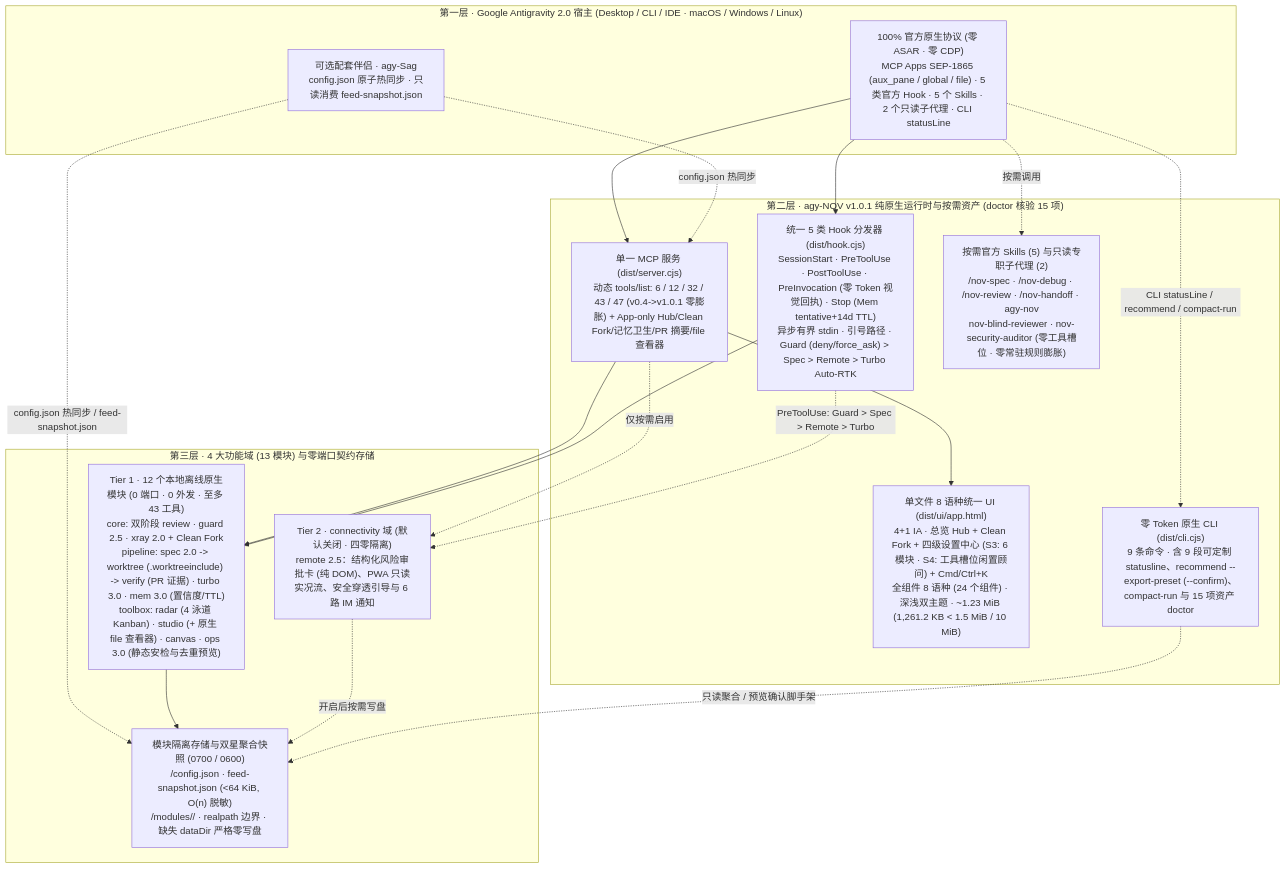
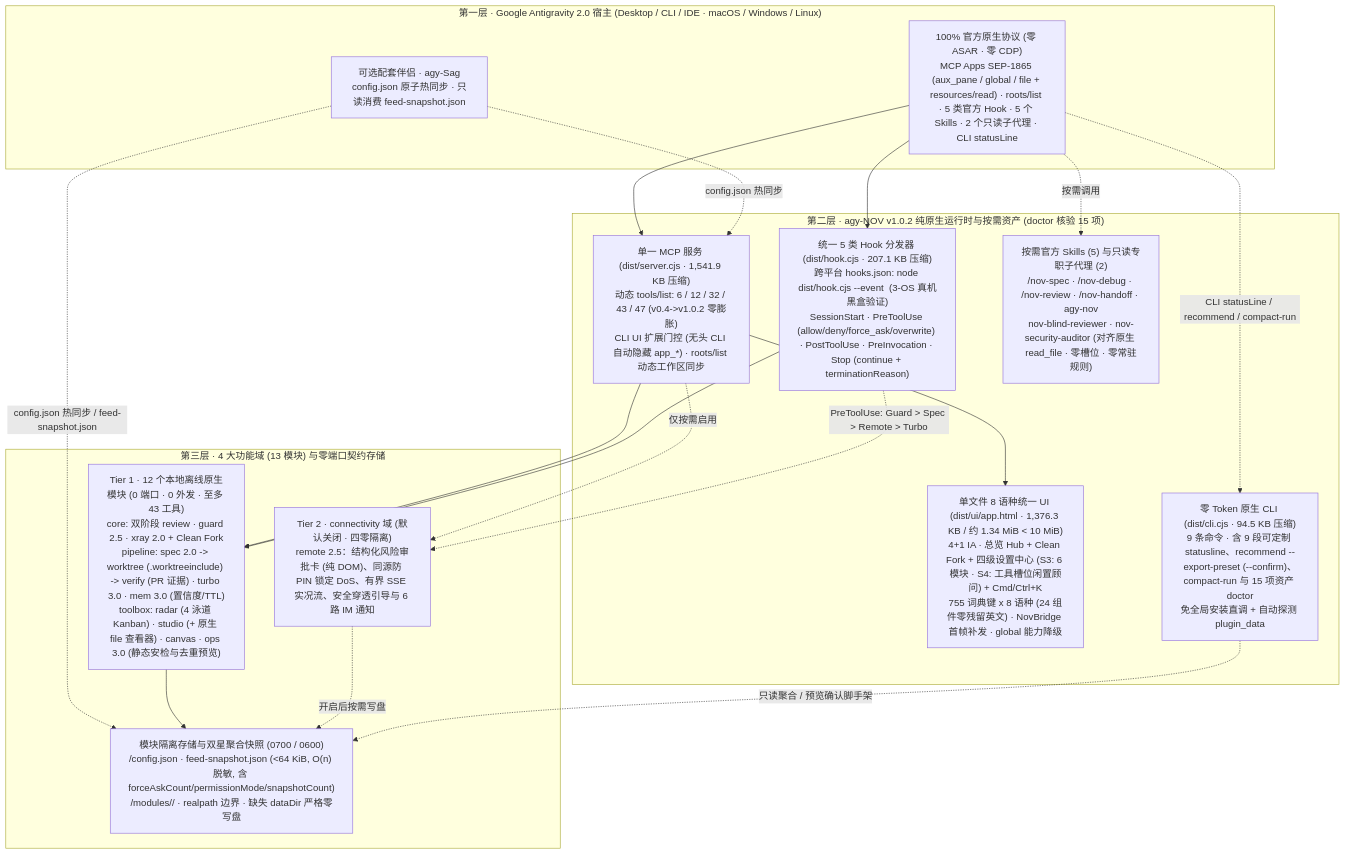
The diagram in docs/i18n/README.zh-CN.md (tone-leh/agy-NOV), drawn with Mermaid before and after one commit. The commit also changed other lines of this file and 84 other files, not shown here.

Commit message:
fix(v1.0.2): Antigravity 2.35+ runtime hardening, CLI 47-tool gate, dynamic roots, 755-key 8-locale UI & 45% bundle minification

````diff
--- a/docs/i18n/README.zh-CN.md
+++ b/docs/i18n/README.zh-CN.md
@@ -266,36 +266,36 @@
 ```mermaid
 flowchart TB
   subgraph L1["第一层 · Google Antigravity 2.0 宿主 (Desktop / CLI / IDE · macOS / Windows / Linux)"]
-    Host["100% 官方原生协议 (零 ASAR · 零 CDP)\nMCP Apps SEP-1865 (aux_pane / global / file) · 5 类官方 Hook · 5 个 Skills · 2 个只读子代理 · CLI statusLine"]
+    Host["100% 官方原生协议 (零 ASAR · 零 CDP)\nMCP Apps SEP-1865 (aux_pane / global / file + resources/read) · roots/list · 5 类官方 Hook · 5 个 Skills · 2 个只读子代理 · CLI statusLine"]
     Sag["可选配套伴侣 · agy-Sag\nconfig.json 原子热同步 · 只读消费 feed-snapshot.json"]
   end
 
-  subgraph L2["第二层 · agy-NOV v1.0.1 纯原生运行时与按需资产 (doctor 核验 15 项)"]
-    MCP["单一 MCP 服务 (dist/server.cjs)\n动态 tools/list: 6 / 12 / 32 / 43 / 47 (v0.4->v1.0.1 零膨胀) + App-only Hub/Clean Fork/记忆卫生/PR 摘要/file 查看器"]
-    Hook["统一 5 类 Hook 分发器 (dist/hook.cjs)\nSessionStart · PreToolUse · PostToolUse · PreInvocation (零 Token 视觉回执) · Stop (Mem tentative+14d TTL)\n异步有界 stdin · 引号路径 · Guard (deny/force_ask) > Spec > Remote > Turbo Auto-RTK"]
-    UI["单文件 8 语种统一 UI (dist/ui/app.html)\n4+1 IA · 总览 Hub + Clean Fork + 四级设置中心 (S3: 6 模块 · S4: 工具槽位闲置顾问) + Cmd/Ctrl+K\n全组件 8 语种 (24 个组件) · 深浅双主题 · ~1.23 MiB (1,261.2 KB < 1.5 MiB / 10 MiB)"]
-    Playbooks["按需官方 Skills (5) 与只读专职子代理 (2)\n/nov-spec · /nov-debug · /nov-review · /nov-handoff · agy-nov\nnov-blind-reviewer · nov-security-auditor (零工具槽位 · 零常驻规则膨胀)"]
-    CLI["零 Token 原生 CLI (dist/cli.cjs)\n9 条命令 · 含 9 段可定制 statusline、recommend --export-preset (--confirm)、compact-run 与 15 项资产 doctor"]
+  subgraph L2["第二层 · agy-NOV v1.0.2 纯原生运行时与按需资产 (doctor 核验 15 项)"]
+    MCP["单一 MCP 服务 (dist/server.cjs · 1,541.9 KB 压缩)\n动态 tools/list: 6 / 12 / 32 / 43 / 47 (v0.4->v1.0.2 零膨胀)\nCLI UI 扩展门控 (无头 CLI 自动隐藏 app_*) · roots/list 动态工作区同步"]
+    Hook["统一 5 类 Hook 分发器 (dist/hook.cjs · 207.1 KB 压缩)\n跨平台 hooks.json: node dist/hook.cjs --event <Event> (3-OS 真机黑盒验证)\nSessionStart · PreToolUse (allow/deny/force_ask/overwrite) · PostToolUse · PreInvocation · Stop (continue + terminationReason)"]
+    UI["单文件 8 语种统一 UI (dist/ui/app.html · 1,376.3 KB / 约 1.34 MiB < 10 MiB)\n4+1 IA · 总览 Hub + Clean Fork + 四级设置中心 (S3: 6 模块 · S4: 工具槽位闲置顾问) + Cmd/Ctrl+K\n755 词典键 x 8 语种 (24 组件零残留英文) · NovBridge 首帧补发 · global 能力降级"]
+    Playbooks["按需官方 Skills (5) 与只读专职子代理 (2)\n/nov-spec · /nov-debug · /nov-review · /nov-handoff · agy-nov\nnov-blind-reviewer · nov-security-auditor (对齐原生 read_file · 零槽位 · 零常驻规则)"]
+    CLI["零 Token 原生 CLI (dist/cli.cjs · 94.5 KB 压缩)\n9 条命令 · 含 9 段可定制 statusline、recommend --export-preset (--confirm)、compact-run 与 15 项资产 doctor\n免全局安装直调 + 自动探测 plugin_data"]
   end
 
   subgraph L3["第三层 · 4 大功能域 (13 模块) 与零端口契约存储"]
     T1["Tier 1 · 12 个本地离线原生模块 (0 端口 · 0 外发 · 至多 43 工具)\ncore: 双阶段 review · guard 2.5 · xray 2.0 + Clean Fork\npipeline: spec 2.0 -> worktree (.worktreeinclude) -> verify (PR 证据) · turbo 3.0 · mem 3.0 (置信度/TTL)\ntoolbox: radar (4 泳道 Kanban) · studio (+ 原生 file 查看器) · canvas · ops 3.0 (静态安检与去重预览)"]
-    T2R["Tier 2 · connectivity 域 (默认关闭 · 四零隔离)\nremote 2.5：结构化风险审批卡 (纯 DOM)、PWA 只读实况流、安全穿透引导与 6 路 IM 通知"]
-    Store["模块隔离存储与双星聚合快照 (0700 / 0600)\n<dataDir>/config.json · feed-snapshot.json (<64 KiB, O(n) 脱敏)\n<dataDir>/modules/<id>/ · realpath 边界 · 缺失 dataDir 严格零写盘"]
+    T2R["Tier 2 · connectivity 域 (默认关闭 · 四零隔离)\nremote 2.5：结构化风险审批卡 (纯 DOM)、同源防 PIN 锁定 DoS、有界 SSE 实况流、安全穿透引导与 6 路 IM 通知"]
+    Store["模块隔离存储与双星聚合快照 (0700 / 0600)\n<dataDir>/config.json · feed-snapshot.json (<64 KiB, O(n) 脱敏, 含 forceAskCount/permissionMode/snapshotCount)\n<dataDir>/modules/<id>/ · realpath 边界 · 缺失 dataDir 严格零写盘"]
   end
 
   Host --> MCP
   Host --> Hook
   Host -. "按需调用" .-> Playbooks
   Host -. "CLI statusLine / recommend / compact-run" .-> CLI
   Sag -. "config.json 热同步 / feed-snapshot.json" .-> Store
   Sag -. "config.json 热同步" .-> MCP
   MCP --> UI
   MCP --> T1
   MCP -. "仅按需启用" .-> T2R
   Hook --> T1
   Hook -. "PreToolUse: Guard > Spec > Remote > Turbo" .-> T2R
   T1 --> Store
   T2R -. "开启后按需写盘" .-> Store
   CLI -. "只读聚合 / 预览确认脚手架" .-> Store
 ```
````
